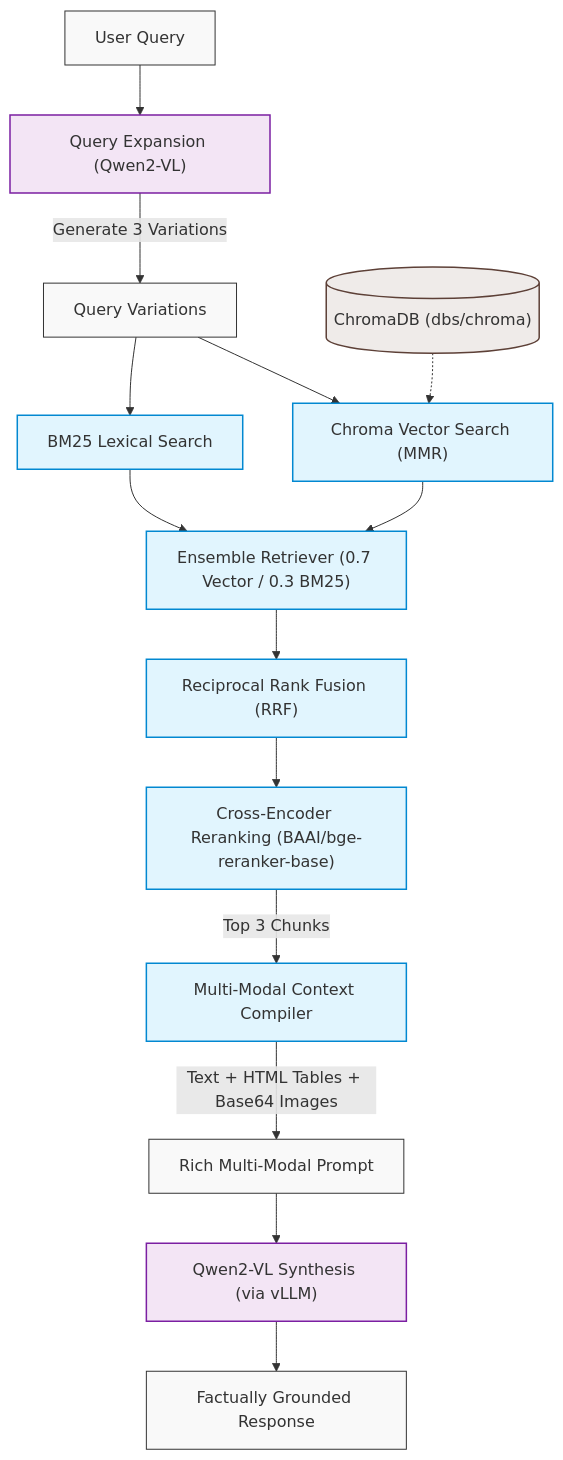
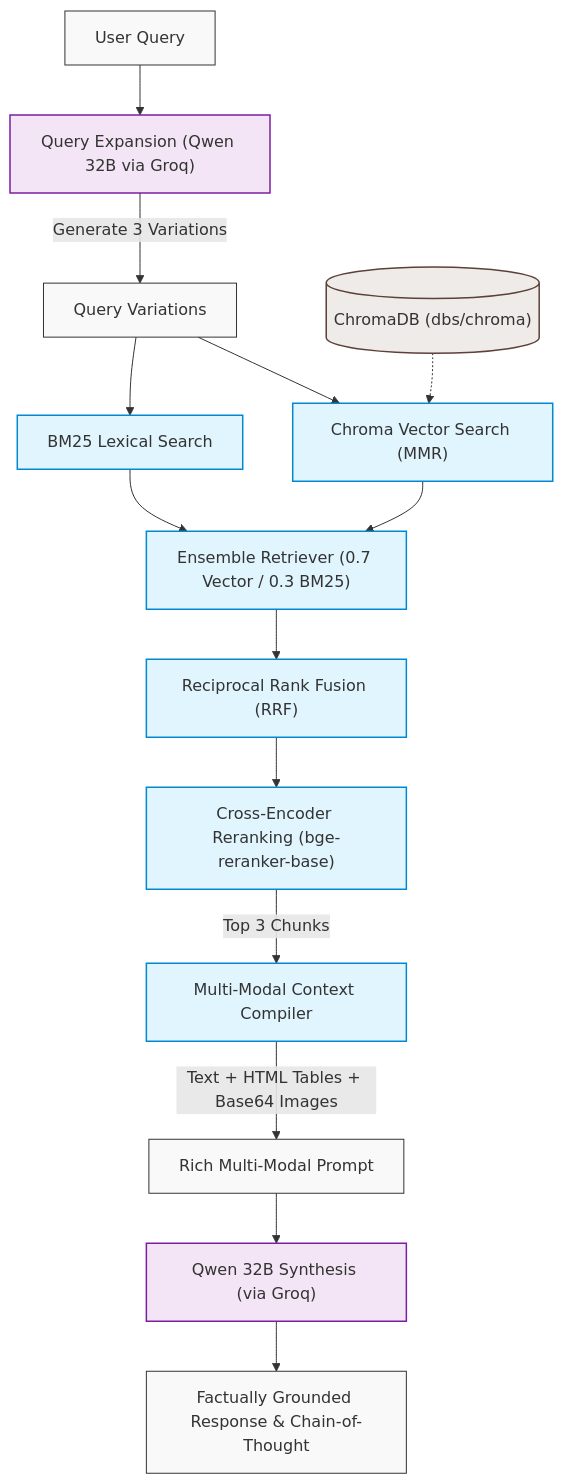
The second of 2 diagrams in README.md (Priyanshu-git78/OmniParse-RAG), drawn with Mermaid before and after one commit. The commit also changed other lines of this file, not shown here.

````diff
--- a/README.md
+++ b/README.md
@@ -81,36 +86,36 @@
 ```mermaid
 flowchart TD
-    Query["User Query"] --> Expansion["Query Expansion (Qwen2-VL)"]
+    Query["User Query"] --> Expansion["Query Expansion (Qwen 32B via Groq)"]
     
     Expansion -->|Generate 3 Variations| Var["Query Variations"]
     
     Var --> BM25["BM25 Lexical Search"]
     Var --> Vector["Chroma Vector Search (MMR)"]
     
     DB[("ChromaDB (dbs/chroma)")] -.-> Vector
     
     BM25 & Vector --> Ensemble["Ensemble Retriever (0.7 Vector / 0.3 BM25)"]
     
     Ensemble --> RRF["Reciprocal Rank Fusion (RRF)"]
     
-    RRF --> Rerank["Cross-Encoder Reranking (BAAI/bge-reranker-base)"]
+    RRF --> Rerank["Cross-Encoder Reranking (bge-reranker-base)"]
     
     Rerank -->|Top 3 Chunks| Compiler["Multi-Modal Context Compiler"]
     
     Compiler -->|Text + HTML Tables + Base64 Images| Prompt["Rich Multi-Modal Prompt"]
     
-    Prompt --> Qwen["Qwen2-VL Synthesis (via vLLM)"]
+    Prompt --> Qwen["Qwen 32B Synthesis (via Groq)"]
     
-    Qwen --> Output["Factually Grounded Response"]
+    Qwen --> Output["Factually Grounded Response & Chain-of-Thought"]
 
     %% Styling
     classDef default fill:#f9f9f9,stroke:#333,stroke-width:1px;
     classDef process fill:#e1f5fe,stroke:#0288d1,stroke-width:1.5px;
     classDef llm fill:#f3e5f5,stroke:#7b1fa2,stroke-width:1.5px;
     classDef database fill:#efebe9,stroke:#5d4037,stroke-width:1.5px;
 
     class Query,Var,Prompt,Output default;
     class BM25,Vector,Ensemble,RRF,Rerank,Compiler process;
     class Expansion,Qwen llm;
     class DB database;
 ```
````
